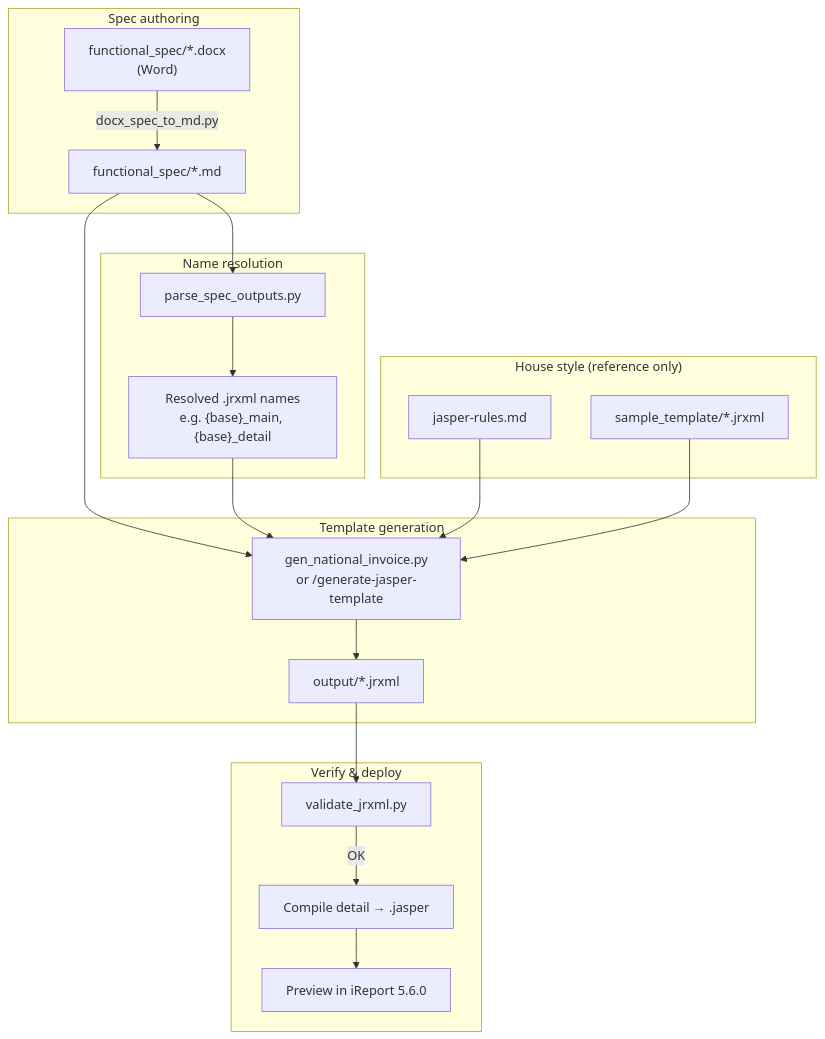
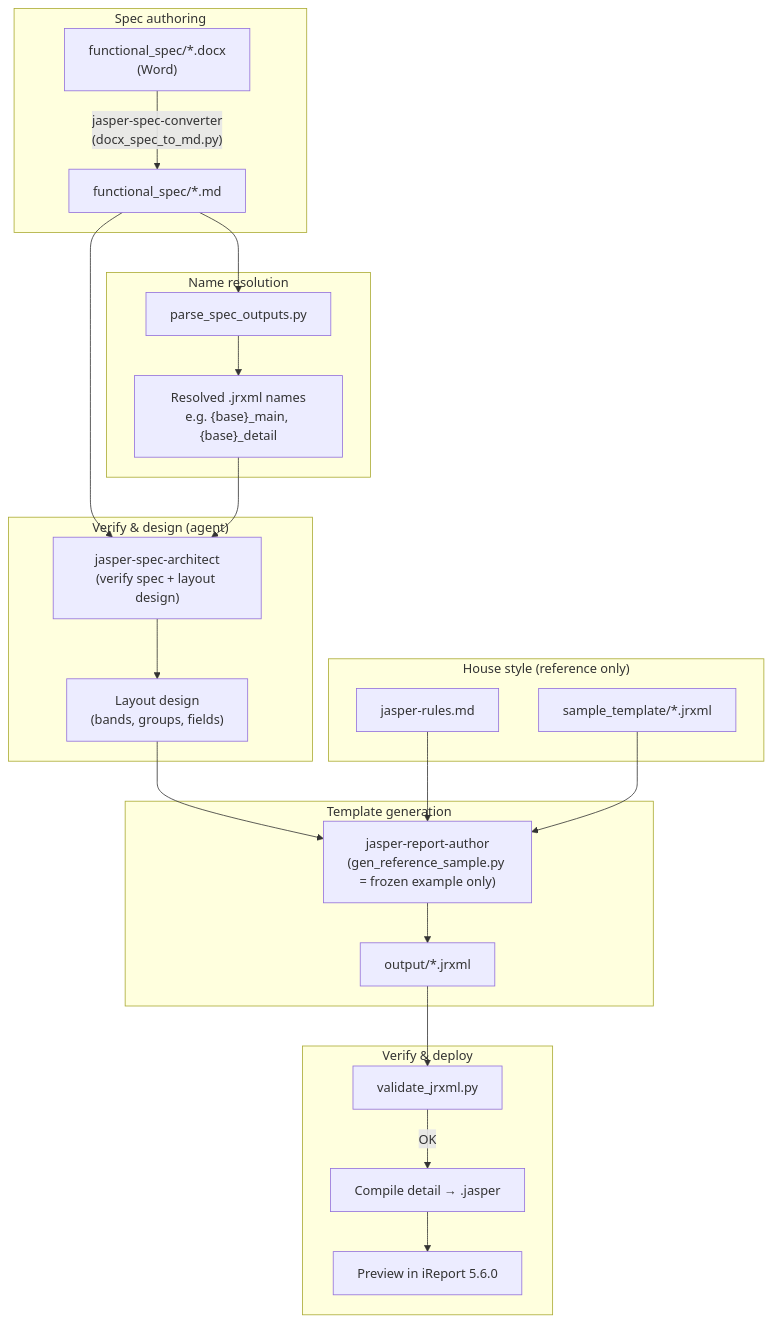
One commit to Vikash3397/Jasper_Automation changed the diagram in README.md. Above: the diagram before and after it, drawn with Mermaid. The commit also changed other lines of this file and 22 other files, not shown here.

Commit message:
Added jasper-spec-architect

````diff
--- a/README.md
+++ b/README.md
@@ -7,31 +7,36 @@
 ```mermaid
 flowchart TB
   subgraph author["Spec authoring"]
     DOCX["functional_spec/*.docx<br/>(Word)"]
-    DOCX -->|"docx_spec_to_md.py"| MD["functional_spec/*.md"]
+    DOCX -->|"jasper-spec-converter<br/>(docx_spec_to_md.py)"| MD["functional_spec/*.md"]
   end
 
   subgraph resolve["Name resolution"]
     MD --> PARSE["parse_spec_outputs.py"]
     PARSE --> NAMES["Resolved .jrxml names<br/>e.g. {base}_main, {base}_detail"]
   end
 
   subgraph style["House style (reference only)"]
     RULES["jasper-rules.md"]
     SAMPLES["sample_template/*.jrxml"]
   end
 
+  subgraph design["Verify & design (agent)"]
+    MD --> ARCH["jasper-spec-architect<br/>(verify spec + layout design)"]
+    NAMES --> ARCH
+    ARCH --> DESIGN["Layout design<br/>(bands, groups, fields)"]
+  end
+
   subgraph generate["Template generation"]
-    MD --> GEN["gen_national_invoice.py<br/>or /generate-jasper-template"]
-    NAMES --> GEN
+    DESIGN --> GEN["jasper-report-author<br/>(gen_reference_sample.py = frozen example only)"]
     RULES --> GEN
     SAMPLES --> GEN
     GEN --> OUT["output/*.jrxml"]
   end
 
   subgraph verify["Verify & deploy"]
     OUT --> VAL["validate_jrxml.py"]
     VAL -->|OK| COMPILE["Compile detail → .jasper"]
     COMPILE --> IREPORT["Preview in iReport 5.6.0"]
   end
 ```
````
